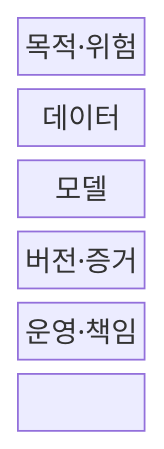
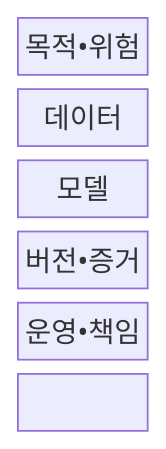
The first of 2 diagrams in src/content/docs/notes/06-evaluation/045_ai_development_audit.md (agnusdei1207/knowledge-base), drawn with Mermaid before and after one commit. The commit also changed other lines of this file and 953 other files, not shown here.

````diff
--- a/src/content/docs/notes/06-evaluation/045_ai_development_audit.md
+++ b/src/content/docs/notes/06-evaluation/045_ai_development_audit.md
@@ -68,11 +68,11 @@
 ```mermaid
 block-beta
   columns 1
-  P["목적·위험"]
+  P["목적•위험"]
   D["데이터"]
   M["모델"]
-  E["버전·증거"]
-  O["운영·책임"]
+  E["버전•증거"]
+  O["운영•책임"]
   P --> D --> M
   M --> E --> O
 ```
````
